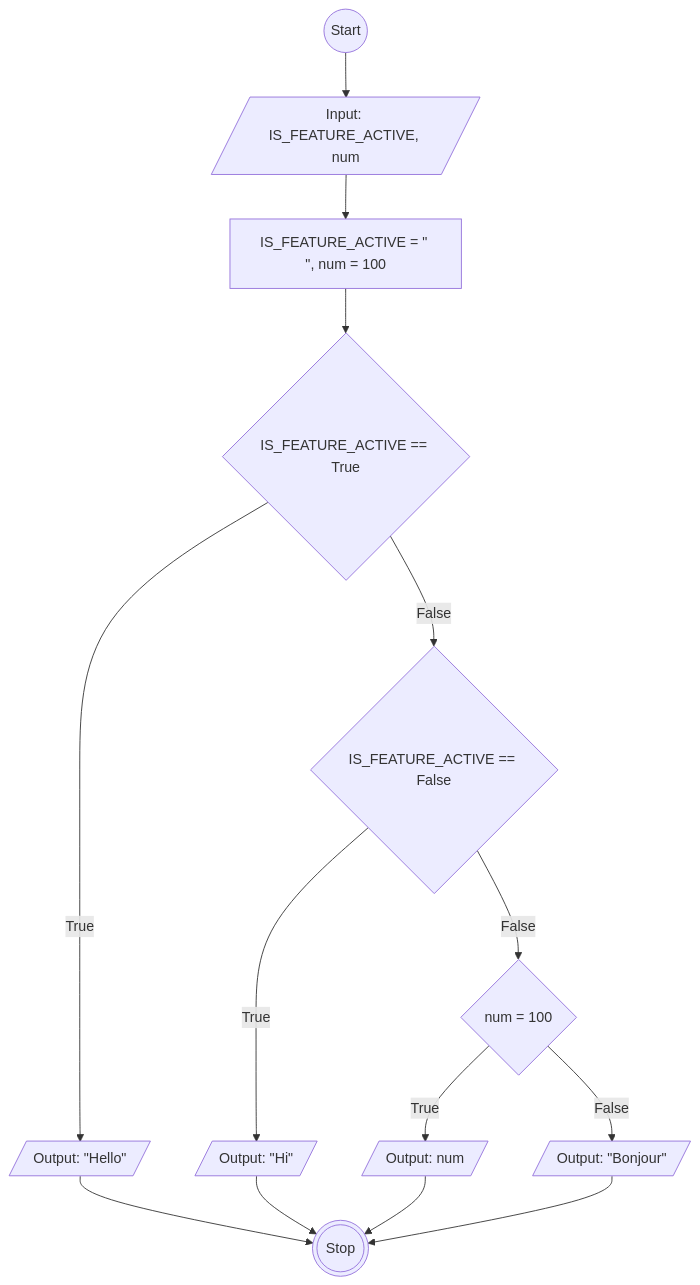
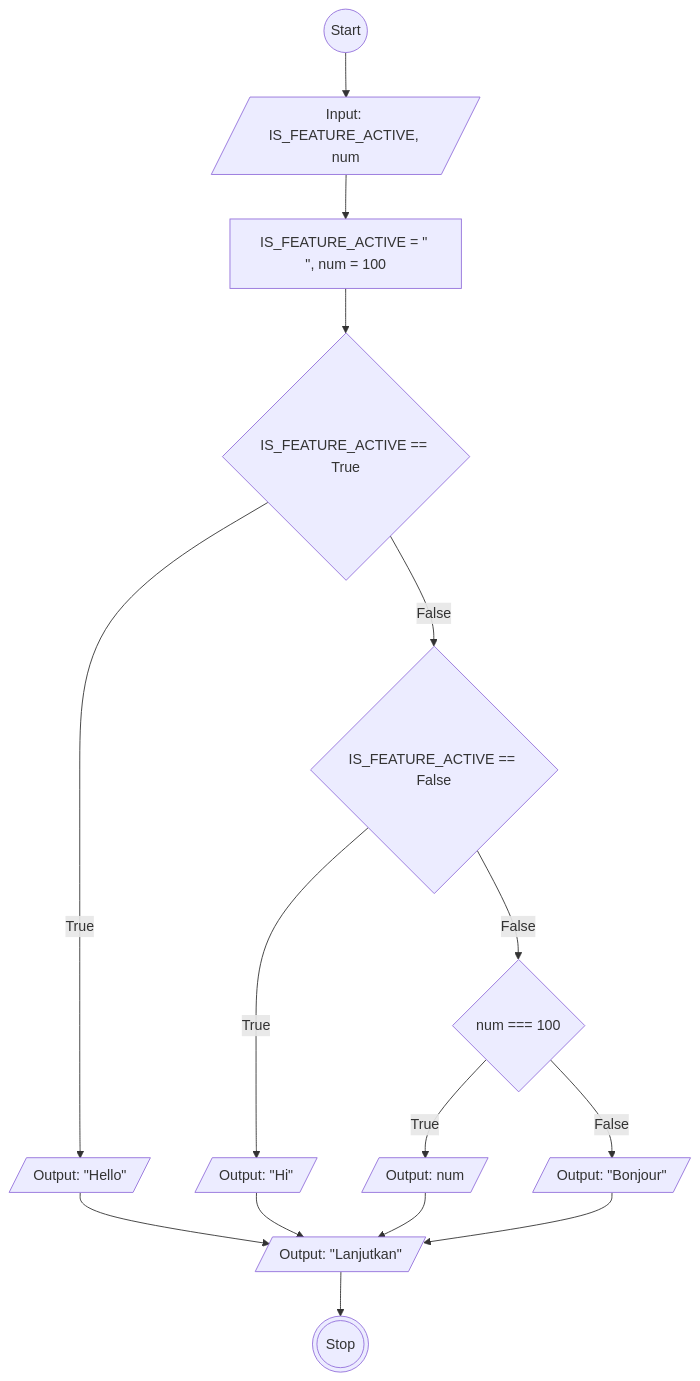
The diagram in flowchart-switch.md (Vincentius31/koda-b6-javascript1), drawn with Mermaid before and after one commit.

````diff
--- a/flowchart-switch.md
+++ b/flowchart-switch.md
@@ -1,22 +1,23 @@
 ```mermaid
 flowchart TD
 idStart((Start))
 idInput[/Input: IS_FEATURE_ACTIVE, num/]
 idProcess[IS_FEATURE_ACTIVE = #quot; #quot;, num = 100]
 idSwitch{IS_FEATURE_ACTIVE == True}
 idOutputTrue[/Output: #quot;Hello#quot;/]
 idKondisiFalse{IS_FEATURE_ACTIVE == False}
 idOutputFalse[/Output: #quot;Hi#quot;/]
-kondisiDefault{num = 100}
+kondisiDefault{num === 100}
 kondisiDefaultTrue[/Output: num/]
 kondisiDefaultFalse[/Output: #quot;Bonjour#quot;/]
+idOutputLanjutkan[/Output: #quot;Lanjutkan#quot;/]
 idStop(((Stop)))
 
 idStart --> idInput --> idProcess --> idSwitch
-idSwitch -- True --> idOutputTrue --> idStop
+idSwitch -- True --> idOutputTrue --> idOutputLanjutkan --> idStop
 idSwitch -- False --> idKondisiFalse 
-idKondisiFalse -- True --> idOutputFalse --> idStop
+idKondisiFalse -- True --> idOutputFalse --> idOutputLanjutkan 
 idKondisiFalse -- False --> kondisiDefault
-kondisiDefault -- True --> kondisiDefaultTrue --> idStop
-kondisiDefault -- False --> kondisiDefaultFalse --> idStop
+kondisiDefault -- True --> kondisiDefaultTrue --> idOutputLanjutkan
+kondisiDefault -- False --> kondisiDefaultFalse --> idOutputLanjutkan
 ```
````
